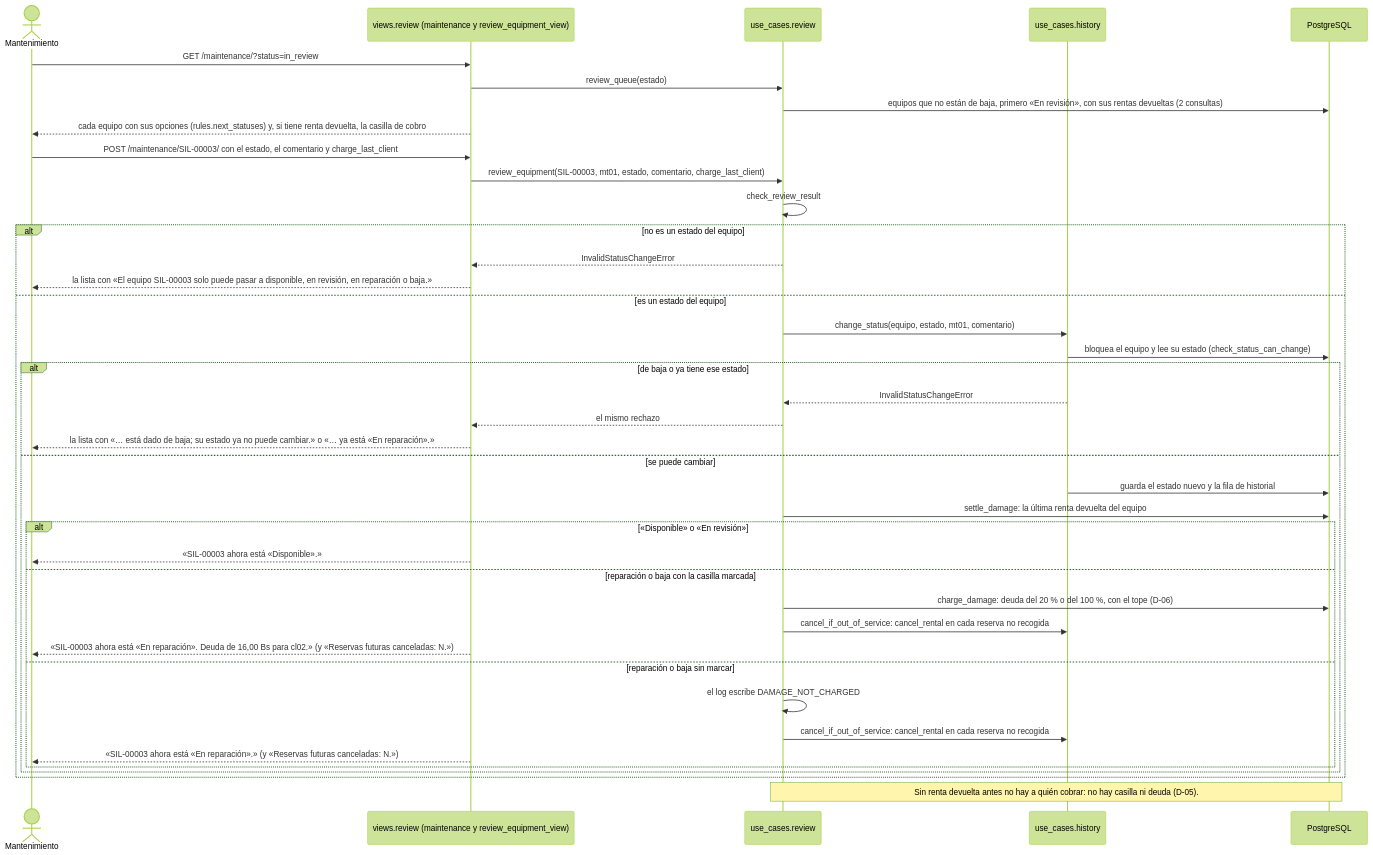
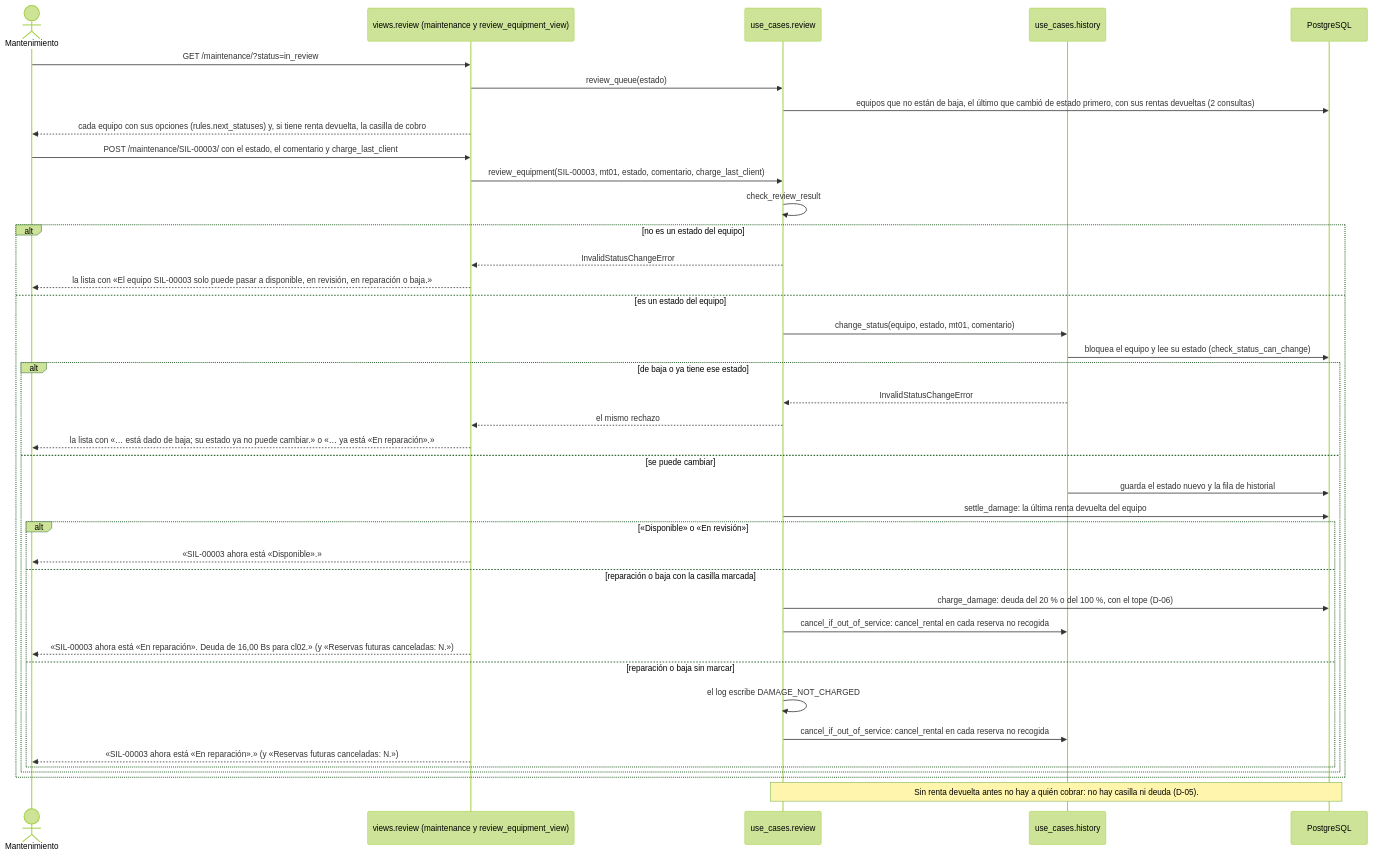
Before and after one commit to peterteranb/astra-rent-system: diagram 20 of 38 in docs/casos-de-uso.md, drawn with Mermaid (forest theme). The commit also changed other lines of this file and 6 other files, not shown here.

Commit message:
docs: client feedback, account use case and activity diagrams

````diff
--- a/docs/casos-de-uso.md
+++ b/docs/casos-de-uso.md
@@ -557,42 +734,42 @@
 ```mermaid
 sequenceDiagram
     actor T as Mantenimiento
     participant V as views.review (maintenance y review_equipment_view)
     participant U as use_cases.review
     participant H as use_cases.history
     participant BD as PostgreSQL
     T->>V: GET /maintenance/?status=in_review
     V->>U: review_queue(estado)
-    U->>BD: equipos que no están de baja, primero «En revisión», con sus rentas devueltas (2 consultas)
+    U->>BD: equipos que no están de baja, el último que cambió de estado primero, con sus rentas devueltas (2 consultas)
     V-->>T: cada equipo con sus opciones (rules.next_statuses) y, si tiene renta devuelta, la casilla de cobro
     T->>V: POST /maintenance/SIL-00003/ con el estado, el comentario y charge_last_client
     V->>U: review_equipment(SIL-00003, mt01, estado, comentario, charge_last_client)
     U->>U: check_review_result
     alt no es un estado del equipo
         U-->>V: InvalidStatusChangeError
         V-->>T: la lista con «El equipo SIL-00003 solo puede pasar a disponible, en revisión, en reparación o baja.»
     else es un estado del equipo
         U->>H: change_status(equipo, estado, mt01, comentario)
         H->>BD: bloquea el equipo y lee su estado (check_status_can_change)
         alt de baja o ya tiene ese estado
             H-->>U: InvalidStatusChangeError
             U-->>V: el mismo rechazo
             V-->>T: la lista con «… está dado de baja#59; su estado ya no puede cambiar.» o «… ya está «En reparación».»
         else se puede cambiar
             H->>BD: guarda el estado nuevo y la fila de historial
             U->>BD: settle_damage: la última renta devuelta del equipo
             alt «Disponible» o «En revisión»
                 V-->>T: «SIL-00003 ahora está «Disponible».»
             else reparación o baja con la casilla marcada
                 U->>BD: charge_damage: deuda del 20 % o del 100 %, con el tope (D-06)
                 U->>H: cancel_if_out_of_service: cancel_rental en cada reserva no recogida
                 V-->>T: «SIL-00003 ahora está «En reparación». Deuda de 16,00 Bs para cl02.» (y «Reservas futuras canceladas: N.»)
             else reparación o baja sin marcar
                 U->>U: el log escribe DAMAGE_NOT_CHARGED
                 U->>H: cancel_if_out_of_service: cancel_rental en cada reserva no recogida
                 V-->>T: «SIL-00003 ahora está «En reparación».» (y «Reservas futuras canceladas: N.»)
             end
         end
     end
     Note over U,BD: Sin renta devuelta antes no hay a quién cobrar: no hay casilla ni deuda (D-05).
 ```
````
